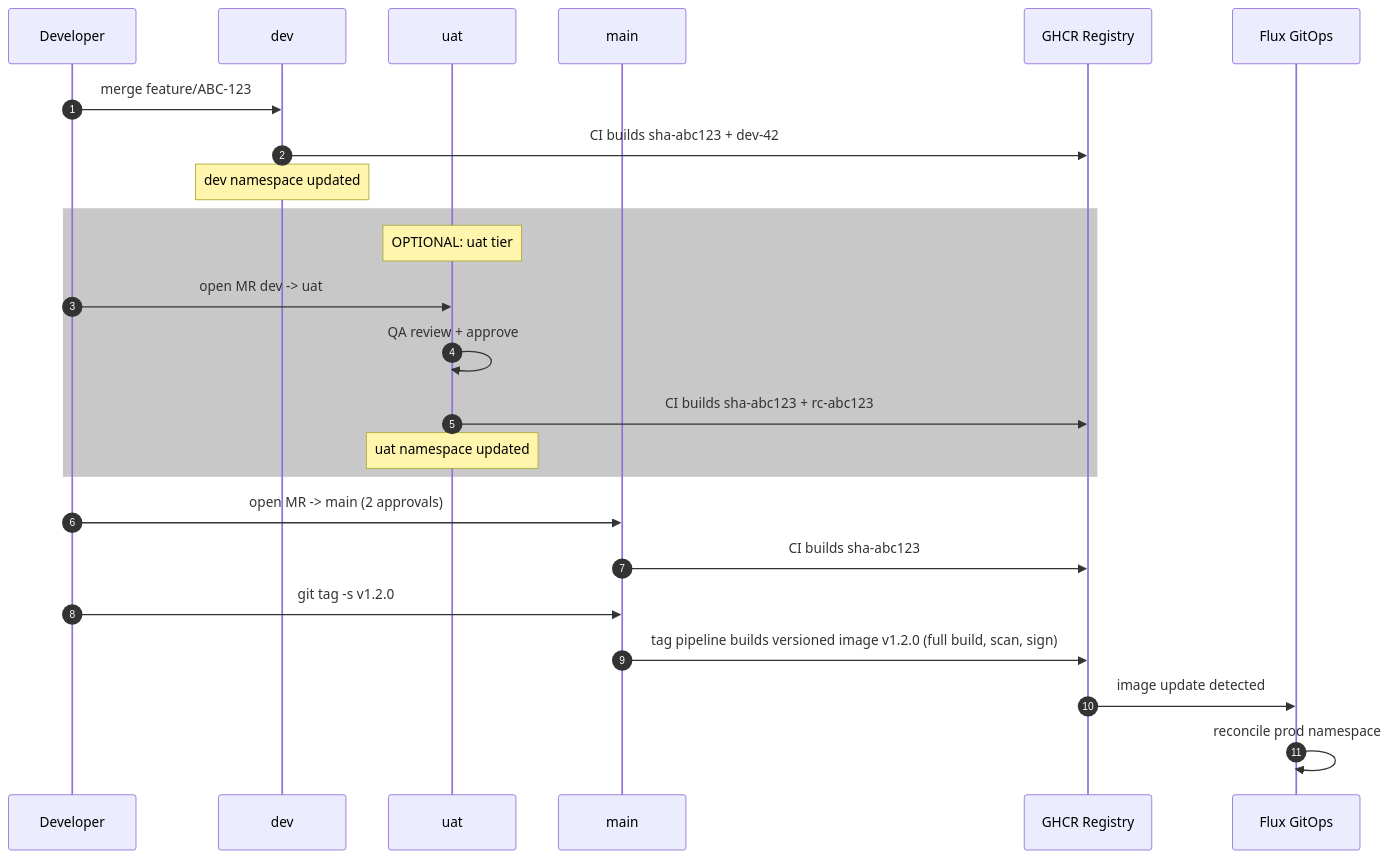
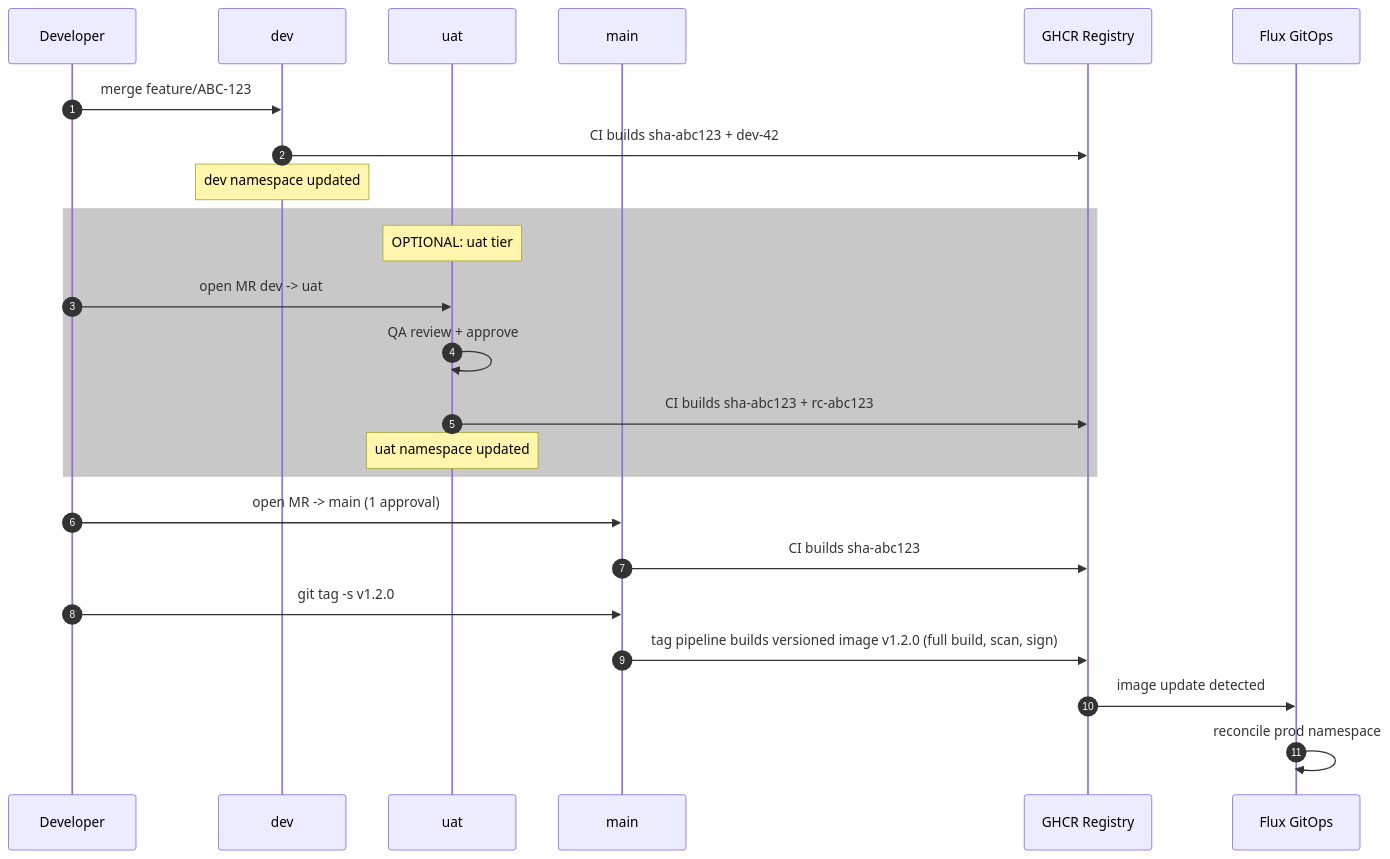
Before and after one commit to duynhlab/homelab: the second of 8 diagrams in docs/platform/gitflow.md, drawn with Mermaid. The commit also changed other lines of this file and 7 other files, not shown here.

````diff
--- a/docs/platform/gitflow.md
+++ b/docs/platform/gitflow.md
@@ -89,29 +95,29 @@
 ```mermaid
 sequenceDiagram
     autonumber
     participant Dev as Developer
     participant DevBranch as dev
     participant UAT as uat
     participant Main as main
     participant GHCR as GHCR Registry
     participant Flux as Flux GitOps
 
     Dev->>DevBranch: merge feature/ABC-123
     DevBranch->>GHCR: CI builds sha-abc123 + dev-42
     Note over DevBranch: dev namespace updated
 
     rect rgb(200, 200, 200)
         Note over UAT: OPTIONAL: uat tier
         Dev->>UAT: open MR dev -> uat
         UAT->>UAT: QA review + approve
         UAT->>GHCR: CI builds sha-abc123 + rc-abc123
         Note over UAT: uat namespace updated
     end
 
-    Dev->>Main: open MR -> main (2 approvals)
+    Dev->>Main: open MR -> main (1 approval)
     Main->>GHCR: CI builds sha-abc123
     Dev->>Main: git tag -s v1.2.0
     Main->>GHCR: tag pipeline builds versioned image v1.2.0 (full build, scan, sign)
     GHCR->>Flux: image update detected
     Flux->>Flux: reconcile prod namespace
 ```
````
